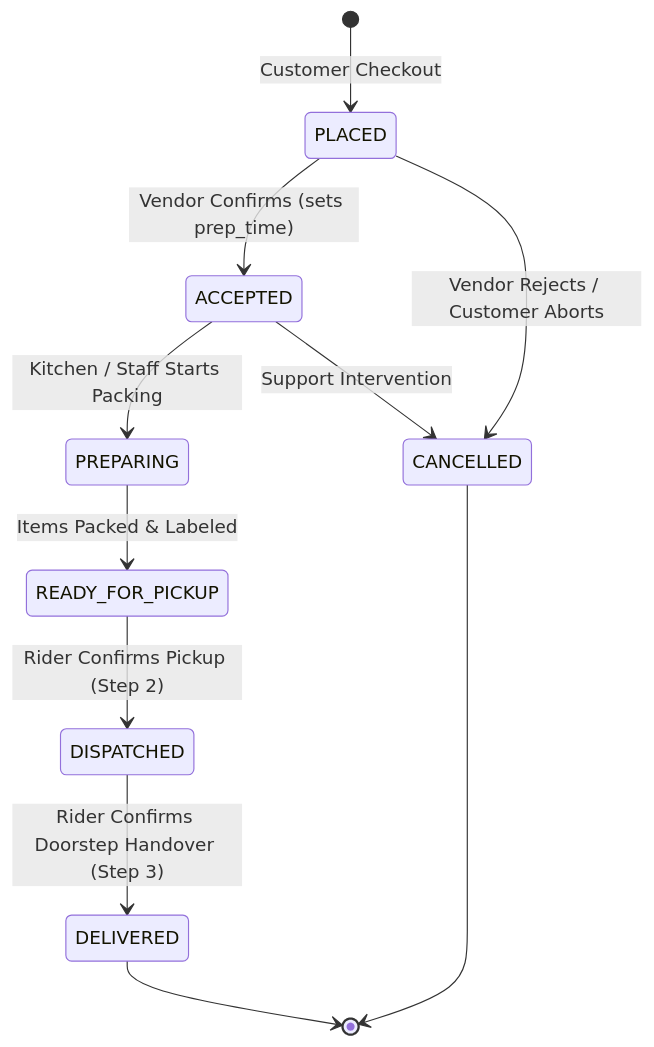
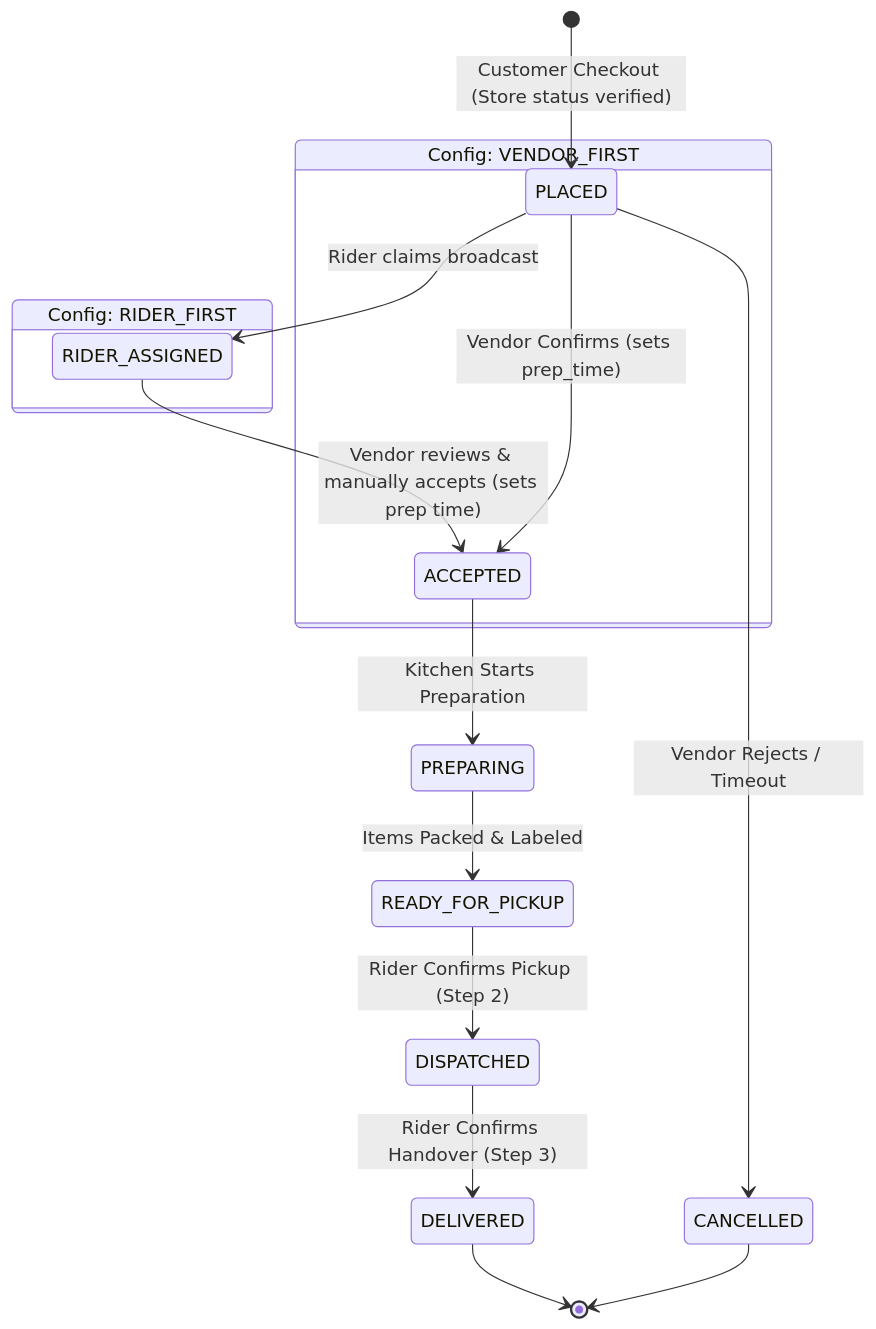
Before and after one commit to ihjohny/DeliveryOS: the diagram in context_docs/technical-implementation-documents/05-order-state-machine-and-dispatch-engine.md, drawn with Mermaid. The commit also changed other lines of this file and 9 other files, not shown here.

Commit message:
feat(dispatch): add configurable rider-first order flow and token-efficient AI rules

````diff
--- a/context_docs/technical-implementation-documents/05-order-state-machine-and-dispatch-engine.md
+++ b/context_docs/technical-implementation-documents/05-order-state-machine-and-dispatch-engine.md
@@ -11,18 +17,22 @@
 ```mermaid
 stateDiagram-v2
-    [*] --> PLACED: Customer Checkout
-    PLACED --> ACCEPTED: Vendor Confirms (sets prep_time)
-    PLACED --> CANCELLED: Vendor Rejects / Customer Aborts
+    [*] --> PLACED: Customer Checkout (Store status verified)
+    
+    state "Config: RIDER_FIRST" as RiderFirstFlow {
+        PLACED --> RIDER_ASSIGNED: Rider claims broadcast
+        RIDER_ASSIGNED --> ACCEPTED: Vendor reviews & manually accepts (sets prep time)
+    }
+    
+    state "Config: VENDOR_FIRST" as VendorFirstFlow {
+        PLACED --> ACCEPTED: Vendor Confirms (sets prep_time)
+    }
 
-    ACCEPTED --> PREPARING: Kitchen / Staff Starts Packing
-    ACCEPTED --> CANCELLED: Support Intervention
-
+    PLACED --> CANCELLED: Vendor Rejects / Timeout
+    ACCEPTED --> PREPARING: Kitchen Starts Preparation
     PREPARING --> READY_FOR_PICKUP: Items Packed & Labeled
-    
     READY_FOR_PICKUP --> DISPATCHED: Rider Confirms Pickup (Step 2)
-    
-    DISPATCHED --> DELIVERED: Rider Confirms Doorstep Handover (Step 3)
+    DISPATCHED --> DELIVERED: Rider Confirms Handover (Step 3)
     
     DELIVERED --> [*]
     CANCELLED --> [*]
 ```
````
